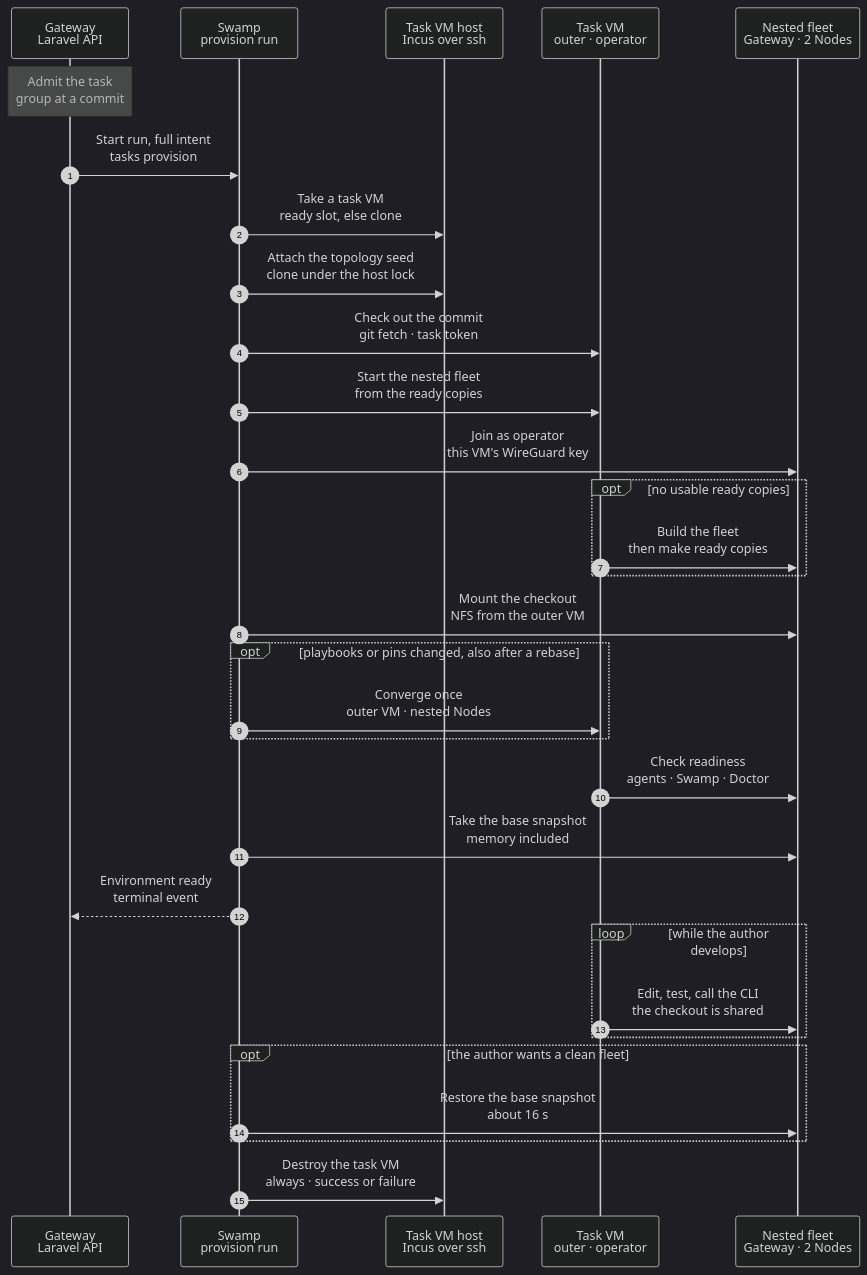
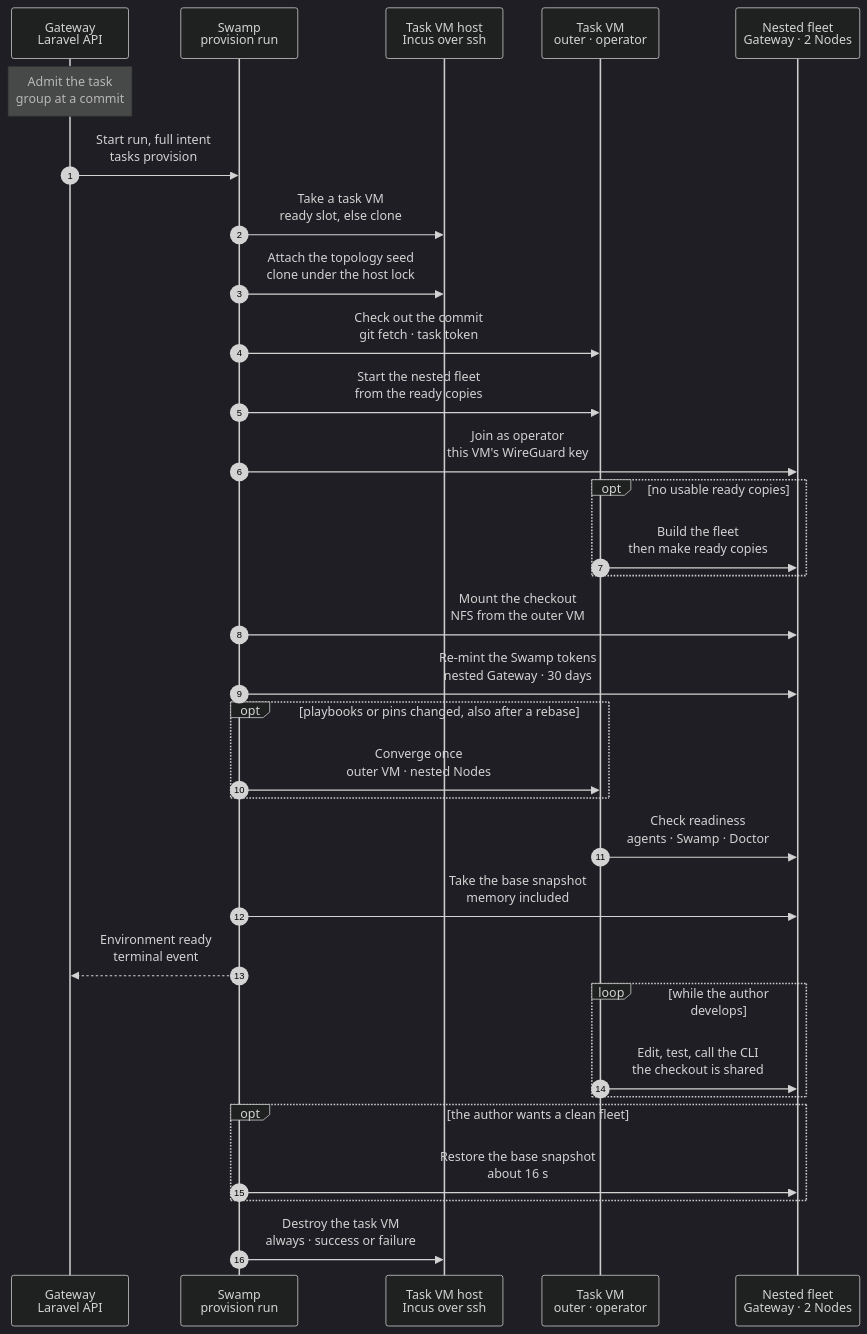
Before and after one commit to hardimpactdev/orbit: the diagram in docs/reference/pipeline/2-development-environment.mmd, drawn with Mermaid (dark theme). The commit also changed 12 other files, not shown here.

First line of the commit message:
Re-mint the nested Swamp tokens at every provision from ready copies

```diff
--- a/docs/reference/pipeline/2-development-environment.mmd
+++ b/docs/reference/pipeline/2-development-environment.mmd
@@ -1,119 +1,132 @@
 sequenceDiagram
   %% Target design: stage 2 of the command development pipeline. A task VM, where an agent or Nick develops a command and the proof cases run too, holds a nested fleet (a Gateway with Swamp, an app-dev Node, an app-prod Node) that resets from the ready copies in the host's topology seed. The nested VMs mount the outer VM's checkout over NFS, so an edit reaches them at once with no sync, and memory snapshots still work (decided 2026-11-05). Uses the simple slot pool (task-vm.slots) as the target way to get the VM.
   %% status: draft
   %% command: development pipeline stage 2 · development environment
   %% kind: pipeline.2-development-environment
   autonumber
   %% lane GW icon=gateway pill=intent tone=blue
   %% lane SW icon=workflow pill=executes tone=green
   %% lane H icon=server pill=target tone=amber
   %% lane VM icon=server pill=target tone=purple
   %% lane NT icon=server pill=fleet tone=gray
   participant GW as Gateway<br/>Laravel API
   participant SW as Swamp<br/>provision run
   participant H as Task VM host<br/>Incus over ssh
   participant VM as Task VM<br/>outer · operator
   participant NT as Nested fleet<br/>Gateway · 2 Nodes
   Note over GW: Admit the task<br/>group at a commit
   %%> Requirements:
   %%> - an external task group in `todo` and a free task VM host
   %%> Result:
   %%> - the full intent is recorded; the group is reserved
   GW->>SW: Start run, full intent<br/>tasks provision
   %%> Why:
   %%> - the same run for a person, an agent or a CI proof
   SW->>H: Take a task VM<br/>ready slot, else clone
   %%> Target, not built:
   %%> - start a ready slot that was enrolled ahead of time and kept stopped; takes seconds (chart `task-vm.slots`)
   %%> Built today:
   %%> - clone the task image, boot, enrol (keys, WireGuard, observer), model key, Pi; takes minutes
   SW->>H: Attach the topology seed<br/>clone under the host lock
   %%> What it does:
   %%> - clones the seed of the host's task image; on ZFS the clone costs only what the Nodes write
   %%> - the VM sees it as the disk `topology-seed`
   %%> Why:
   %%> - each host keeps its own seed; nothing is copied between hosts
   SW->>VM: Check out the commit<br/>git fetch · task token
   %%> What it does:
   %%> - checks out the commit or branch the task works on, with a read token from the vault
   SW->>VM: Start the nested fleet<br/>from the ready copies
   %%> What it does:
   %%> - creates the nested network from the subnet stored with the ready copies
   %%> - per Node: copies the ready copy, adds its NIC with the stored MAC and address, starts all three
   %%> - each ready copy is self-contained: its own `.env`, storage, `bootstrap/cache` and database on its own disk (stage 6 saves them so); the code comes from the outer VM's checkout
   %%> - needs no earlier fleet in this VM and no state from the outer VM; the task owns the network and the three VMs
   %%> - then pushes the proof Swamp Club key into the nested Gateway, as today
   %%> Proposed 2026-11-05:
   %%> - replaces today's reset, which takes `.env`, storage, the agent manifest and the lease from an earlier fleet in the same VM, so it fails on a fresh VM
   %%> Time:
   %%> - about 75 seconds to a checked fleet, of which the boot is about 50
   SW->>NT: Join as operator<br/>this VM's WireGuard key
   %%> What it does:
   %%> - the outer VM makes its own WireGuard key; its public key goes into the nested Gateway's operator Node record with `incus exec` (the outer VM is the Incus host of the nested VMs, so this needs no network yet)
   %%> - the nested Gateway puts the key on its hub; the outer VM brings up WireGuard as the operator `10.45.0.10`
   %%> - the private key never leaves this task VM; each task VM has its own
   %%> Proposed 2026-11-05:
   %%> - the ready copies hold the operator Node record without a key (stage 6), so the key of the VM that made them never works anywhere else
   opt no usable ready copies
     VM->>NT: Build the fleet<br/>then make ready copies
     %%> When:
     %%> Decided by the orchestrator, for Nick's review: until the fleet build (`task_vm.fleet_build`) lands, the branch skips the fleet. The provision records "no nested fleet" (`nested_fleet: none`) on its result, and the VM stays usable for tasks that need no fleet. A proof run on such a VM fails early with `proof.no_nested_fleet`. When the fleet build lands, the branch calls it instead.
     %%> - a new task image has a seed with only the Node template until its first seed refresh (stage 6)
     %%> - copies of an older format count as not usable: the save writes `user.ready.format`, and the provision lists only the copies that carry the current value
     %%> Time:
     %%> - about 230 seconds; the build ends by making the ready copies for the next reset
   end
   SW->>NT: Mount the checkout<br/>NFS from the outer VM
   %%> What it does:
   %%> - the outer VM exports its checkout over NFS to the nested network only; the nested Gateway and app-dev mount it as their checkout
   %%> - `.env`, `storage` and `bootstrap/cache` stay on each VM's own disk, mounted over the shared checkout
-  %%> - then the apply step: migrations and a restart of the long-running services (queue worker, Swamp worker), so they run the checked-out code
+  %%> - then the re-mint below and the apply step: migrations and a restart of the long-running services (queue worker, Swamp worker), so they run the checked-out code
   %%> - stock NFS and systemd mount units, set up by the image and Node playbooks; no sync program
   %%> Why:
   %%> - an edit on the outer VM is in the nested VMs at once; nothing can run against old code
   %%> - Incus turns a shared folder into 9p when memory snapshots are on, and QEMU cannot snapshot a VM with 9p mounted; NFS is network traffic, so snapshots work
   %%> Measured on tvm-554, 2026-11-05:
   %%> - memory snapshot with NFS mounted: create 21 s, restore 10 s; an edit after the restore is visible at once
   %%> - `artisan --version` 0.39 s against 0.23 s local; Gateway unit tests 3.9 s against 2.8 s; HTTP requests the same
   %%> - installs and tests run on the outer VM against its local disk, so the slower NFS writes (a full `composer install` 17 s against 9 s) do not apply
+  SW->>NT: Re-mint the Swamp tokens<br/>nested Gateway · 30 days
+  %%> Decided by the orchestrator, for Nick's review (2026-11-06):
+  %%> What it does:
+  %%> - runs the play `remint` of the Gateway bootstrap playbook on the nested Gateway, from the mounted checkout, with the control plan the build left on that machine (`/opt/orbit/bootstrap/control.yml`)
+  %%> - the Swamp CLI renews the tokens by the names and into the files the build used: `access token rotate` for the serve driver, the two workers and the Gateway's run and read tokens, a new enrollment token for each worker; each lasts 30 days
+  %%> - stops serve and both workers while the tokens change, then starts them; the apply step that follows restarts the Gateway's own services, which read the new tokens
+  %%> Why:
+  %%> - the tokens of the ready copies are as old as the copies, so a fleet started from them would otherwise run a Swamp whose tokens expired; this step makes the age of the copies irrelevant, and the seed refresh needs no step for it
+  %%> - the same fleet start does it every time, from the same mounted code the apply uses; it needs no key from the real Gateway, because these tokens belong to the nested Orbit
+  %%> - runs only when the VM has the proof Swamp Club key (a proof task): the Swamp CLI needs it, the start pushes it to `~/.config/swamp/api-key` of the nested Gateway before this step, and this step restarts serve and the workers so they read it
+  %%> - the certificates last 397 days and are issued again by the seed refresh; nothing else in the fleet expires within the life of a task
+  %%> Time:
+  %%> - not yet measured; recorded here when the first provision with it has run
   opt playbooks or pins changed, also after a rebase
     SW->>VM: Converge once<br/>outer VM · nested Nodes
     %%> What it does:
     %%> - image playbooks on the outer VM; role playbooks and pins on the nested Nodes, through the nested Orbit's `node:converge`
     %%> - the nested Orbit reads the playbooks from the mounted checkout
     %%> - after a rebase onto main, a running task picks up the tools main added since its start
     %%> Why:
     %%> - a tool update lives in code; this puts it in place once, and the snapshot taken next keeps it
     %%> - the base images are not touched; only the merge and the seed refresh change them
   end
   VM->>NT: Check readiness<br/>agents · Swamp · Doctor
   %%> What it does:
   %%> - every Node agent online, the Swamp worker enrolled, the Gateway knows the operator, Doctor has no finding
   SW->>NT: Take the base snapshot<br/>memory included
   %%> What it does:
   %%> - one Incus stateful snapshot `base` of the three nested VMs (`migration.stateful`, `size.state` = memory)
   %%> - every proof batch starts from it (stage 3)
-  %%> - holds the proof Swamp Club key, pushed in after the restore of the ready copies; accepted because `base` belongs to this task VM only and is destroyed with it; ready copies stay key-free
+  %%> - holds the proof Swamp Club key, pushed in after the restore of the ready copies, and the Swamp tokens renewed by this provision (30 days); accepted because `base` belongs to this task VM only and is destroyed with it; ready copies stay key-free
   %%> Why:
   %%> - possible because the checkout is an NFS mount, not an Incus shared folder
   SW-->>GW: Environment ready<br/>terminal event
   %%> Result:
   %%> - the Gateway marks the group running and records the VM; the proof (stage 3) or the proof CI (stage 4) uses the fleet
   loop while the author develops
     VM->>NT: Edit, test, call the CLI<br/>the checkout is shared
     %%> What it does:
     %%> - the author edits and runs tests on the outer VM; PHP in the nested VMs sees the change on the next request
     %%> - the candidate CLI on the outer VM talks to the nested Gateway as the operator
     %%> - after a new migration or a change to a long-running service, the author runs the apply step again
     %%> - when the change holds playbooks or pins, or after a rebase onto main, the converge step above runs once
   end
   opt the author wants a clean fleet
     SW->>NT: Restore the base snapshot<br/>about 16 s
     %%> What it keeps:
     %%> - the outer VM, Pi and the checkout; the apply step follows, so the restored fleet runs the current code
   end
   SW->>H: Destroy the task VM<br/>always · success or failure
   %%> Why:
   %%> - no proof VM stays behind; diagnostics are kept, not running VMs
   %%> Target, not built:
   %%> - the Gateway then enrols a new slot to refill the pool of ready slots
```
